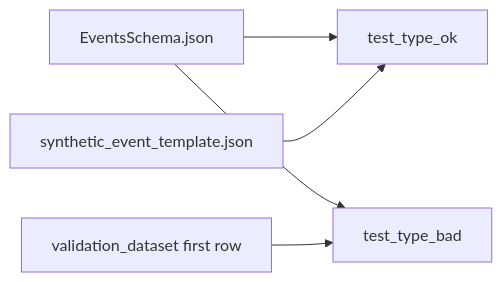
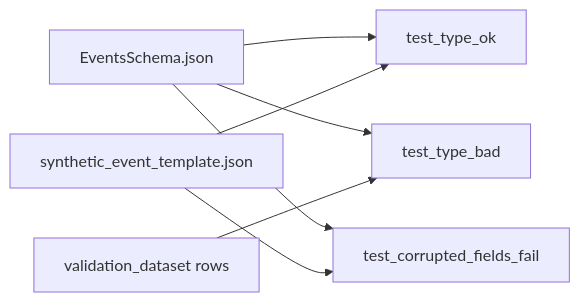
One commit to nimrodwe/event_validation changed the diagram in docs/data_types_tests/README.md. Above: the diagram before and after it, drawn with Mermaid. The commit also changed other lines of this file and 12 other files, not shown here.

````diff
--- a/docs/data_types_tests/README.md
+++ b/docs/data_types_tests/README.md
@@ -24,13 +24,16 @@
 ```mermaid
 flowchart LR
   schema[EventsSchema.json]
   good[synthetic_event_template.json]
-  bad[validation_dataset first row]
+  bad[validation_dataset rows]
   typeOk[test_type_ok]
   typeBad[test_type_bad]
+  corrupt[test_corrupted_fields_fail]
 
   schema --> typeOk
   good --> typeOk
   schema --> typeBad
   bad --> typeBad
+  schema --> corrupt
+  good --> corrupt
 ```
````
